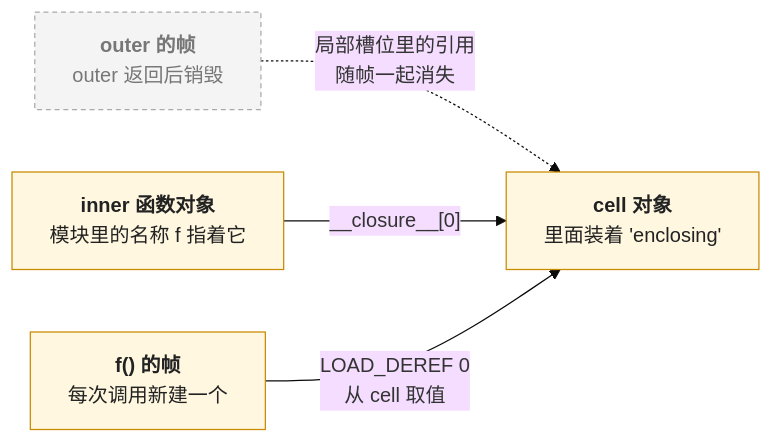
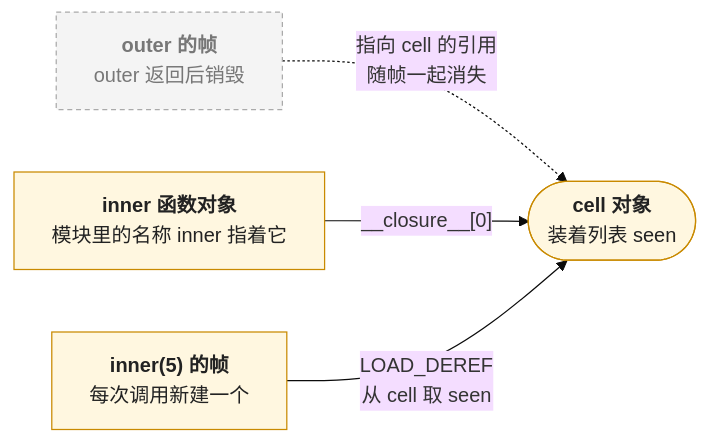
One commit to arganzheng/arganzheng.github.com changed the seventh of 10 diagrams in _posts/2026-01-24-python-execution-model-scopes-imports-and-exceptions.md. Above: the diagram before and after it, drawn with Mermaid (base theme). The commit also changed other lines of this file, not shown here.

First line of the commit message:
Python 01 上：按第二轮六条评论改成「例子 + 图 + 少量文字」

````diff
--- a/_posts/2026-01-24-python-execution-model-scopes-imports-and-exceptions.md
+++ b/_posts/2026-01-24-python-execution-model-scopes-imports-and-exceptions.md
@@ -621,12 +690,12 @@
 ```mermaid
 %% 图：闭包里的三个对象：outer 的帧、cell、inner 函数对象，以及 outer 返回前后各自的去留
 flowchart LR
-    FR["<b>outer 的帧</b><br/>outer 返回后销毁"] -. "局部槽位里的引用<br/>随帧一起消失" .-> CELL["<b>cell 对象</b><br/>里面装着 'enclosing'"]
-    FN["<b>inner 函数对象</b><br/>模块里的名称 f 指着它"] -- "__closure__#91;0#93;" --> CELL
-    CALL["<b>f() 的帧</b><br/>每次调用新建一个"] -- "LOAD_DEREF 0<br/>从 cell 取值" --> CELL
+    FR["<b>outer 的帧</b><br/>outer 返回后销毁"] -. "指向 cell 的引用<br/>随帧一起消失" .-> CELL(["<b>cell 对象</b><br/>装着列表 seen"])
+    FN["<b>inner 函数对象</b><br/>模块里的名称 inner 指着它"] -- "__closure__#91;0#93;" --> CELL
+    CALL["<b>inner(5) 的帧</b><br/>每次调用新建一个"] -- "LOAD_DEREF<br/>从 cell 取 seen" --> CELL
 
     classDef gone fill:#f4f4f4,stroke:#aaa,color:#777,stroke-dasharray:4 3
     classDef live fill:#fff7e0,stroke:#c98a00,color:#222
     class FR gone
     class CELL,FN,CALL live
 ```
````
